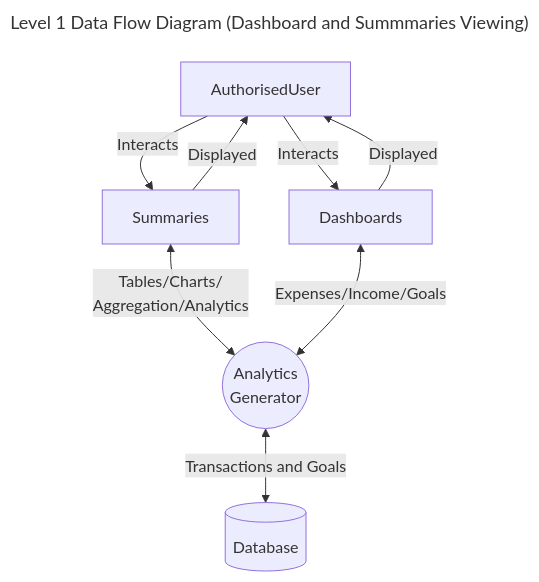
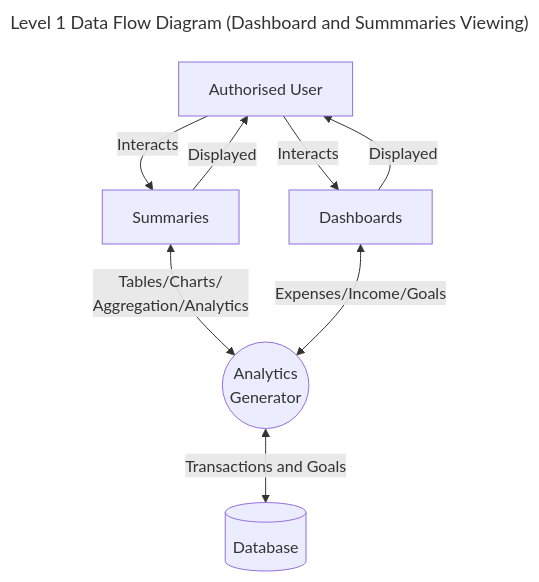
One commit to AlexandriaParkCS/2026-y12-SE-PhilipYaroshchyk-pwa-obsidian-portfolio changed the fifth of 5 diagrams in 02. My Portfolio/3. Application Design/AD-02 Data Flow Diagrams.md. Above: the diagram before and after it, drawn with Mermaid. The commit also changed other lines of this file and 4 other files, not shown here.

Commit message:
structure chart section in progress

````diff
--- a/02. My Portfolio/3. Application Design/AD-02 Data Flow Diagrams.md
+++ b/02. My Portfolio/3. Application Design/AD-02 Data Flow Diagrams.md
@@ -96,22 +96,22 @@
 ```mermaid
 ---
 title: Level 1 Data Flow Diagram (Dashboard and Summmaries Viewing)
 ---
 flowchart
 
-AuthorisedUser
+AuthorisedUser[Authorised User]
 Dashboards
 Summaries
 DashboardGeneration((Analytics<br>Generator))
 Database[(Database)]
 
 AuthorisedUser -- Interacts --> Dashboards
 AuthorisedUser -- Interacts --> Summaries
 
 Summaries -- Tables/Charts/<br>Aggregation/Analytics <--> DashboardGeneration
 Dashboards -- Expenses/Income/Goals <--> DashboardGeneration
 DashboardGeneration -- Transactions and Goals <--> Database
 
 Dashboards -- Displayed --> AuthorisedUser
 Summaries -- Displayed --> AuthorisedUser
 ```
````
